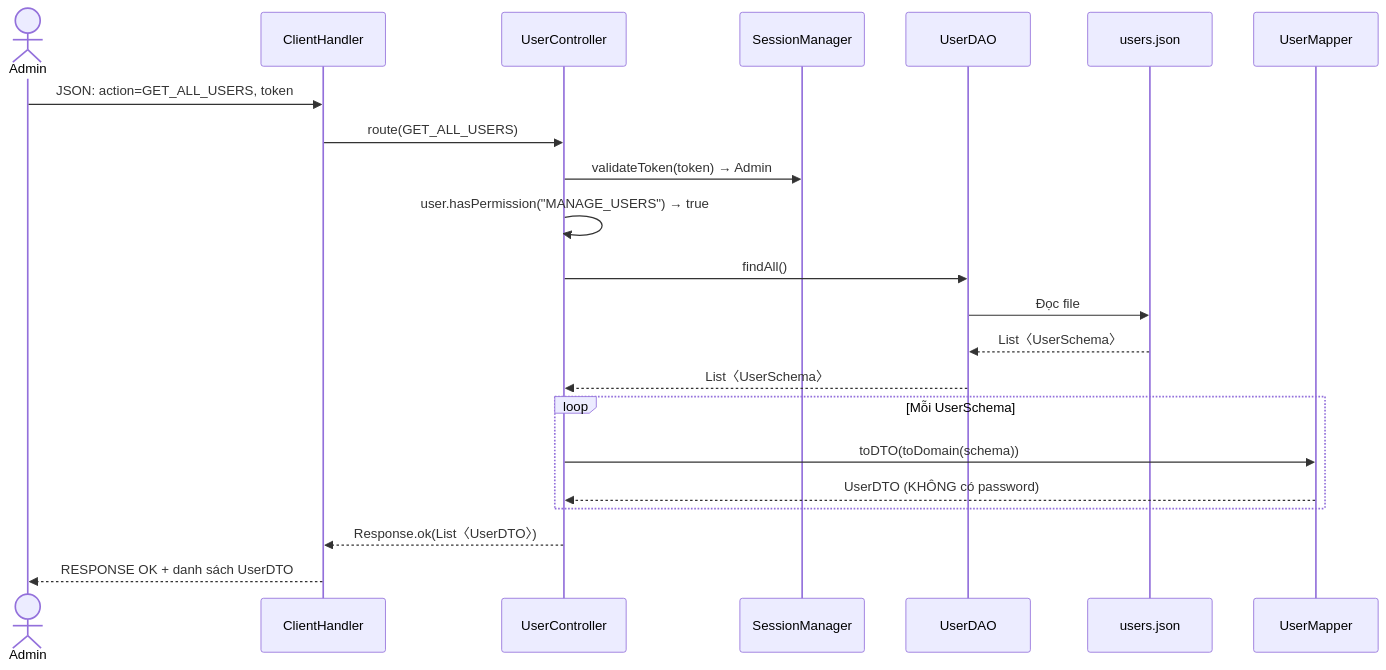
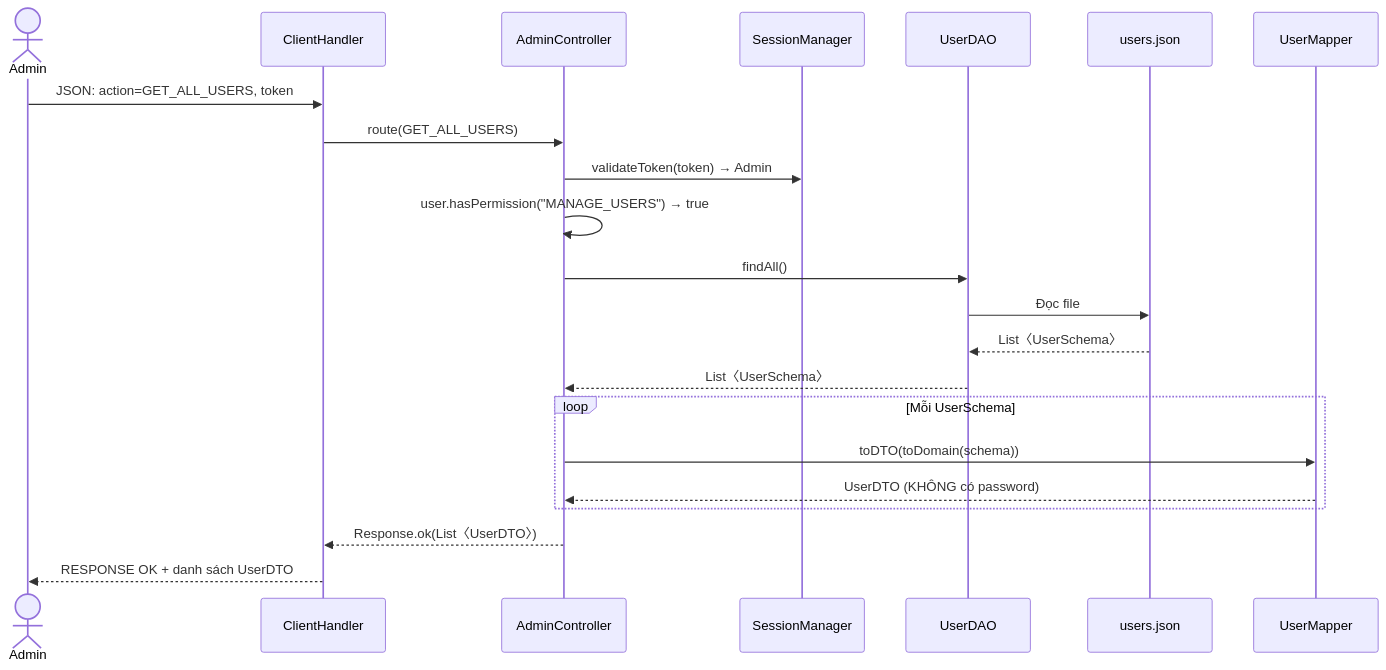
Before and after one commit to iTCuong090/AuctionUET: the first of 7 diagrams in docs/diagrams_flow_admin_user.md, drawn with Mermaid. The commit also changed other lines of this file and 107 other files, not shown here.

````diff
--- a/docs/diagrams_flow_admin_user.md
+++ b/docs/diagrams_flow_admin_user.md
@@ -9,28 +9,28 @@
 ```mermaid
 sequenceDiagram
     actor Admin
     participant CH as ClientHandler
-    participant UC as UserController
+    participant ADC as AdminController
     participant SM as SessionManager
     participant DAO as UserDAO
     participant JF as users.json
     participant Map as UserMapper
 
     Admin->>CH: JSON: action=GET_ALL_USERS, token
-    CH->>UC: route(GET_ALL_USERS)
-    UC->>SM: validateToken(token) → Admin
-    UC->>UC: user.hasPermission("MANAGE_USERS") → true
+    CH->>ADC: route(GET_ALL_USERS)
+    ADC->>SM: validateToken(token) → Admin
+    ADC->>ADC: user.hasPermission("MANAGE_USERS") → true
 
-    UC->>DAO: findAll()
+    ADC->>DAO: findAll()
     DAO->>JF: Đọc file
     JF-->>DAO: List〈UserSchema〉
-    DAO-->>UC: List〈UserSchema〉
+    DAO-->>ADC: List〈UserSchema〉
 
     loop Mỗi UserSchema
-        UC->>Map: toDTO(toDomain(schema))
-        Map-->>UC: UserDTO (KHÔNG có password)
+        ADC->>Map: toDTO(toDomain(schema))
+        Map-->>ADC: UserDTO (KHÔNG có password)
     end
 
-    UC-->>CH: Response.ok(List〈UserDTO〉)
+    ADC-->>CH: Response.ok(List〈UserDTO〉)
     CH-->>Admin: RESPONSE OK + danh sách UserDTO
 ```
````
